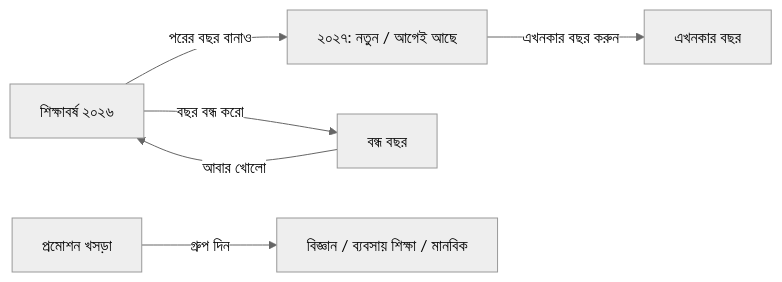
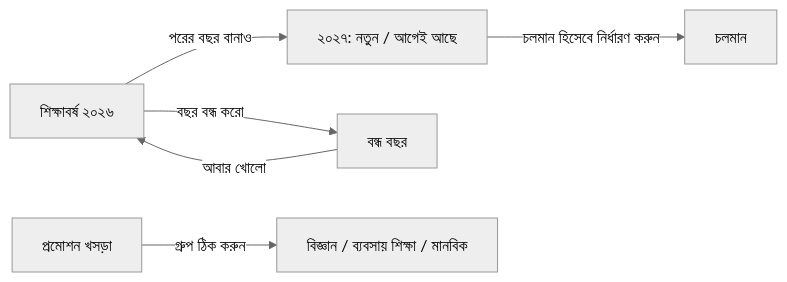
Before and after one commit to tareq89/biddaloy: the diagram in docs/ux-research/epic-69-glossary.md, drawn with Mermaid (neutral theme). The commit also changed other lines of this file and 2 other files, not shown here.

````diff
--- a/docs/ux-research/epic-69-glossary.md
+++ b/docs/ux-research/epic-69-glossary.md
@@ -7,8 +8,8 @@
 ```mermaid
 flowchart LR
   Y[শিক্ষাবর্ষ ২০২৬] -->|পরের বছর বানাও| N[২০২৭: নতুন / আগেই আছে]
-  N -->|এখনকার বছর করুন| C[এখনকার বছর]
+  N -->|চলমান হিসেবে নির্ধারণ করুন| C[চলমান]
   Y -->|বছর বন্ধ করো| X[বন্ধ বছর]
   X -->|আবার খোলো| Y
-  P[প্রমোশন খসড়া] -->|গ্রুপ দিন| G[বিজ্ঞান / ব্যবসায় শিক্ষা / মানবিক]
+  P[প্রমোশন খসড়া] -->|গ্রুপ ঠিক করুন| G[বিজ্ঞান / ব্যবসায় শিক্ষা / মানবিক]
 ```
````
